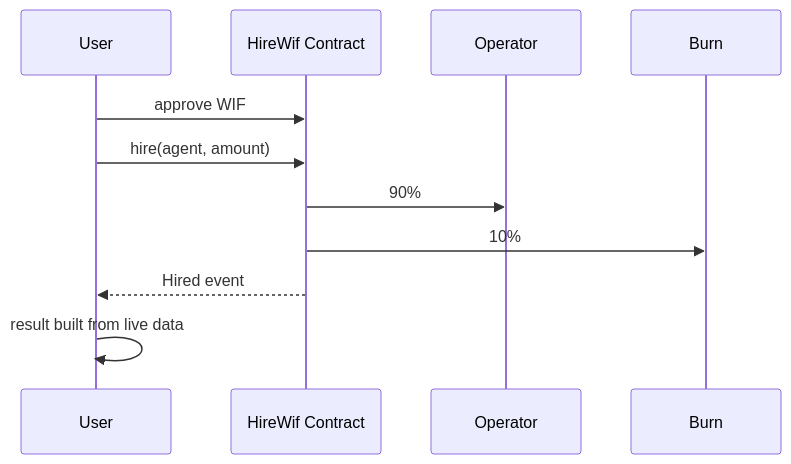
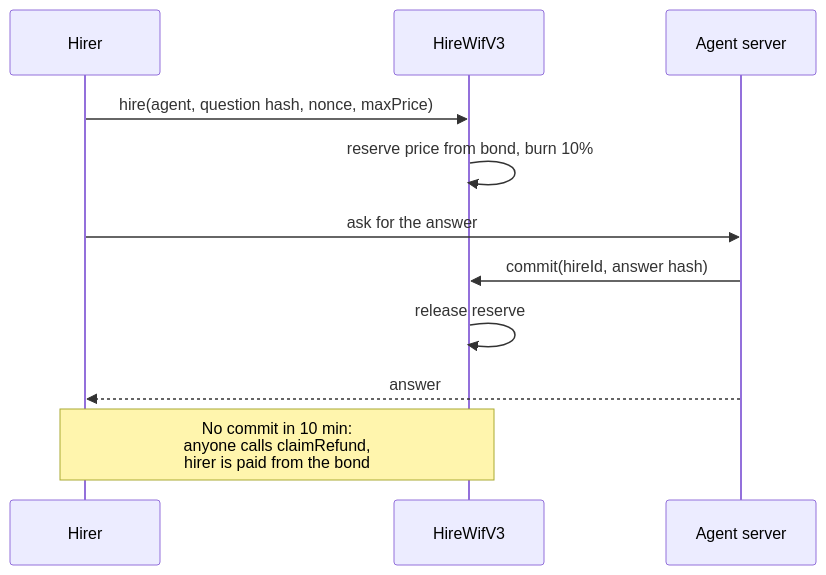
The diagram in README.md (thesithunyein/hirewif), drawn with Mermaid before and after one commit. The commit also changed other lines of this file and 1 other file, not shown here.

First line of the commit message:
Rewrite the README for the live bonded market

````diff
--- a/README.md
+++ b/README.md
@@ -63,14 +43,13 @@
 ```mermaid
 sequenceDiagram
-    participant U as User
-    participant C as HireWif Contract
-    participant O as Operator
-    participant B as Burn
-
-    U->>C: approve WIF
-    U->>C: hire(agent, amount)
-    C->>O: 90%
-    C->>B: 10%
-    C-->>U: Hired event
-    U->>U: result built from live data
+    participant U as Hirer
+    participant C as HireWifV3
+    participant S as Agent server
+    U->>C: hire(agent, question hash, nonce, maxPrice)
+    C->>C: reserve price from bond, burn 10%
+    U->>S: ask for the answer
+    S->>C: commit(hireId, answer hash)
+    C->>C: release reserve
+    S-->>U: answer
+    Note over U,C: No commit in 10 min:<br/>anyone calls claimRefund,<br/>hirer is paid from the bond
 ```
````
